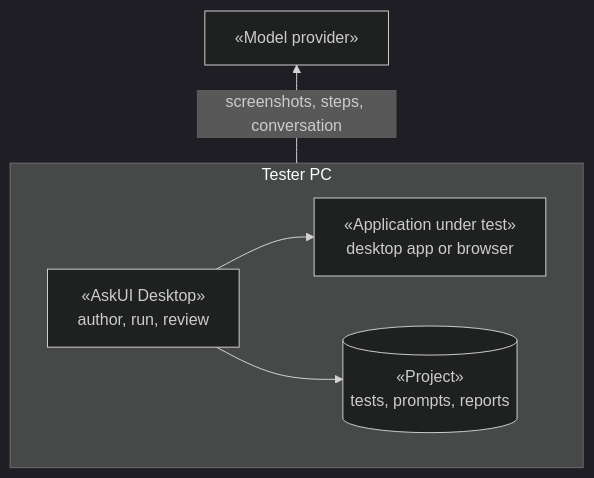
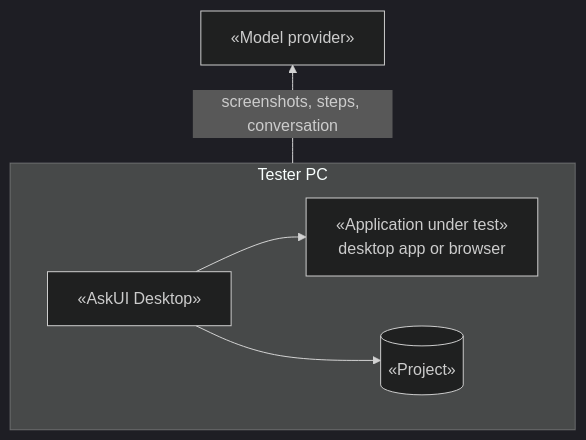
The first of 2 diagrams in content/docs/concepts/enterprise-fit.mdx (askui/docs-rewrite), drawn with Mermaid (dark theme) before and after one commit. The commit also changed other lines of this file, not shown here.

````diff
--- a/content/docs/concepts/enterprise-fit.mdx
+++ b/content/docs/concepts/enterprise-fit.mdx
@@ -19,12 +20,12 @@
 ```mermaid
 flowchart BT
   subgraph pc["Tester PC"]
     direction LR
-    D["«AskUI Desktop»<br/>author, run, review"]
+    D["«AskUI Desktop»"]
     A["«Application under test»<br/>desktop app or browser"]
-    F[("«Project»<br/>tests, prompts, reports")]
+    F[("«Project»")]
     D --> A
     D --> F
   end
   pc -->|"screenshots, steps, conversation"| M["«Model provider»"]
 ```
````
